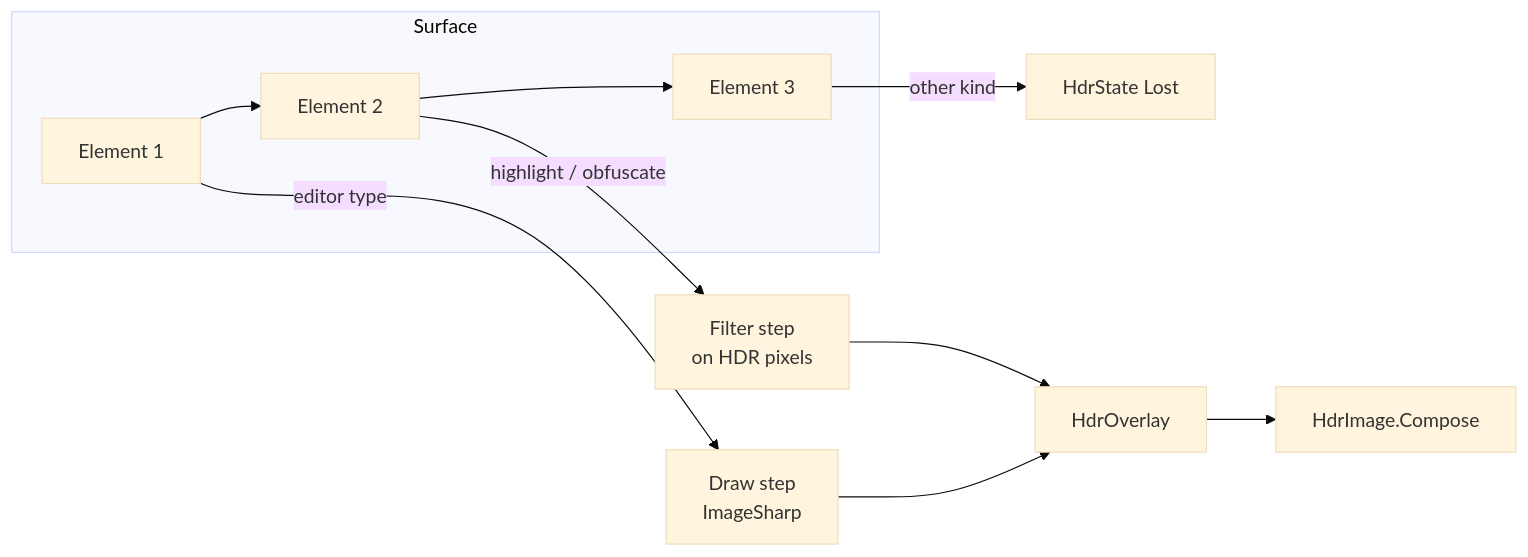
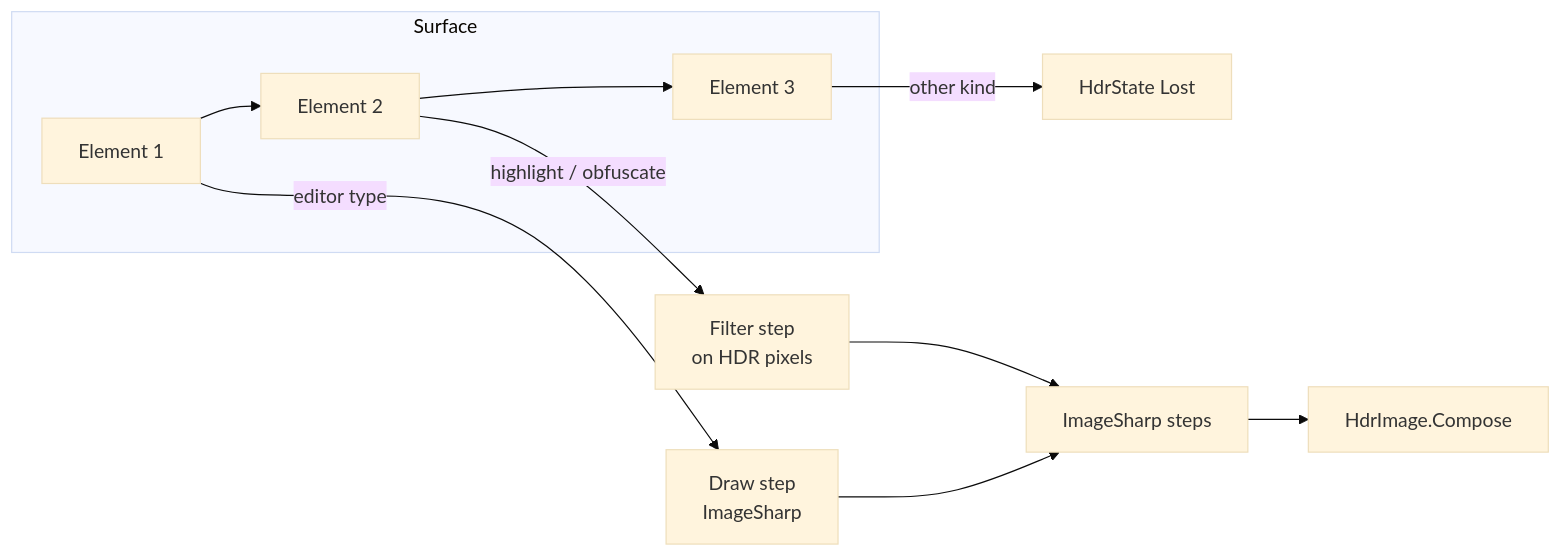
Before and after one commit to greenshot/greenshot: the third of 3 diagrams in docs/vNext/hdr.md, drawn with Mermaid (base theme). The commit also changed other lines of this file and 13 other files, not shown here.

First line of the commit message:
Replace HdrOverlay by a list of ImageSharpSteps

````diff
--- a/docs/vNext/hdr.md
+++ b/docs/vNext/hdr.md
@@ -214,12 +216,12 @@
 ```mermaid
 flowchart LR
     subgraph Surface
         E1[Element 1] --> E2[Element 2] --> E3[Element 3]
     end
     E1 -->|editor type| D1[Draw step<br/>ImageSharp]
     E2 -->|highlight / obfuscate| F2[Filter step<br/>on HDR pixels]
     E3 -->|other kind| L3[HdrState Lost]
-    D1 --> O[HdrOverlay]
+    D1 --> O[ImageSharp steps]
     F2 --> O
     O --> C[HdrImage.Compose]
 ```
````
